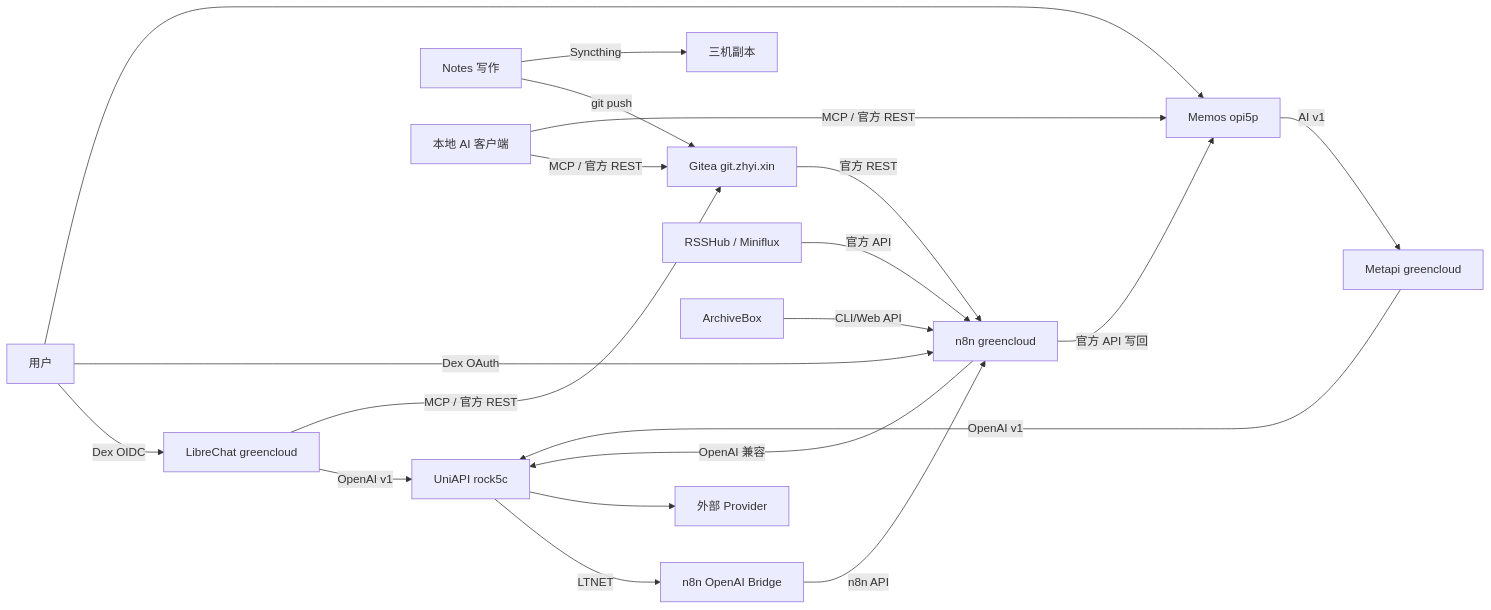
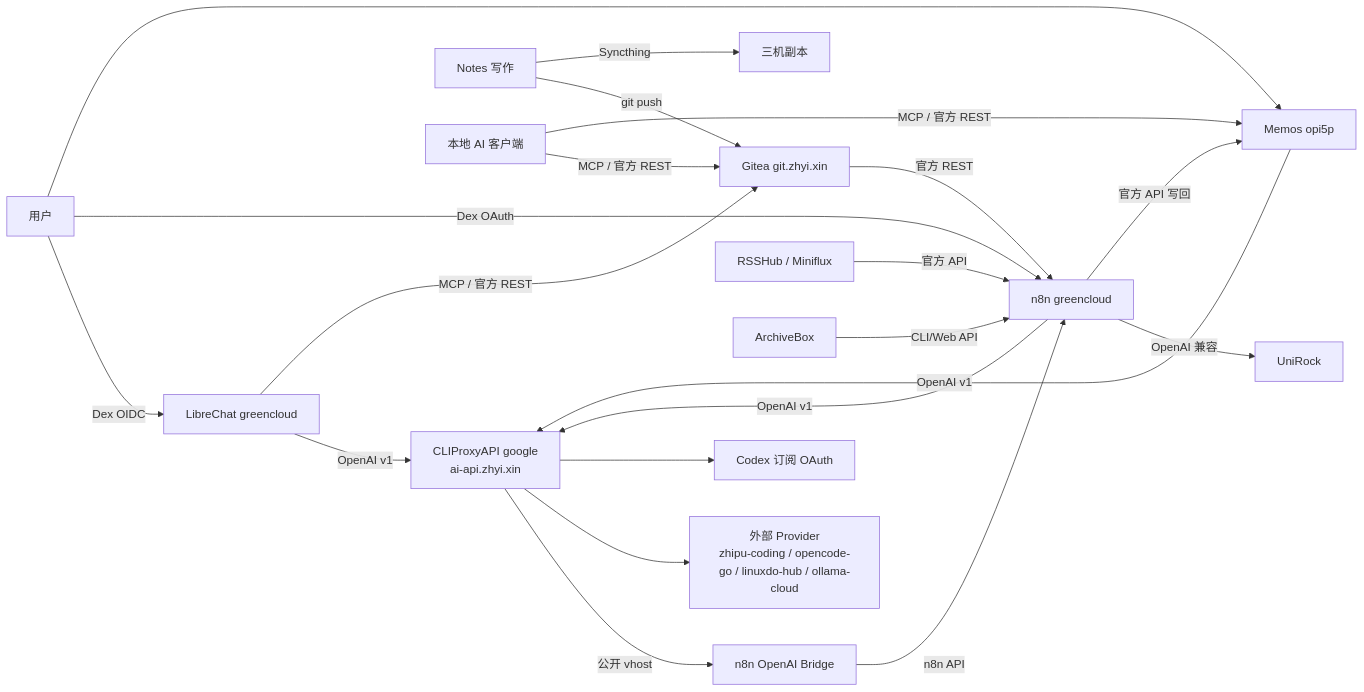
Before and after one commit to zhyiheihei/nixos-config: the diagram in docs/human/infrastructure/ai-knowledge-chain-integration.md, drawn with Mermaid. The commit also changed other lines of this file and 3 other files, not shown here.

First line of the commit message:
docs(ai-api): 网关链路文档改记 CLIProxyAPI 接管后的现状

````diff
--- a/docs/human/infrastructure/ai-knowledge-chain-integration.md
+++ b/docs/human/infrastructure/ai-knowledge-chain-integration.md
@@ -22,22 +25,23 @@
 ```mermaid
 flowchart LR
   User[用户] -->|Dex OIDC| LibreChat[LibreChat greencloud]
   User -->|Dex OAuth| N8N[n8n greencloud]
   User --> Memos[Memos opi5p]
-  LibreChat -->|OpenAI v1| UniRock[UniAPI rock5c]
-  Memos -->|AI v1| Metapi[Metapi greencloud]
-  Metapi -->|OpenAI v1| UniRock
-  UniRock -->|LTNET| Bridge[n8n OpenAI Bridge]
+  LibreChat -->|OpenAI v1| AIAPI[CLIProxyAPI google<br/>ai-api.zhyi.xin]
+  Memos -->|OpenAI v1| AIAPI
+  N8N -->|OpenAI v1| AIAPI
+  AIAPI -->|公开 vhost| Bridge[n8n OpenAI Bridge]
   Bridge -->|n8n API| N8N
-  UniRock --> Providers[外部 Provider]
+  AIAPI --> Providers[外部 Provider<br/>zhipu-coding / opencode-go / linuxdo-hub / ollama-cloud]
+  AIAPI --> Codex[Codex 订阅 OAuth]
   Notes[Notes 写作] -->|git push| Gitea[Gitea git.zhyi.xin]
   Notes -->|Syncthing| Copies[三机副本]
   Gitea -->|官方 REST| N8N
   RSS[RSSHub / Miniflux] -->|官方 API| N8N
   Archive[ArchiveBox] -->|CLI/Web API| N8N
   N8N -->|OpenAI 兼容| UniRock
   N8N -->|官方 API 写回| Memos
   LibreChat -->|MCP / 官方 REST| Gitea
   LocalAI[本地 AI 客户端] -->|MCP / 官方 REST| Gitea
   LocalAI -->|MCP / 官方 REST| Memos
 ```
````
